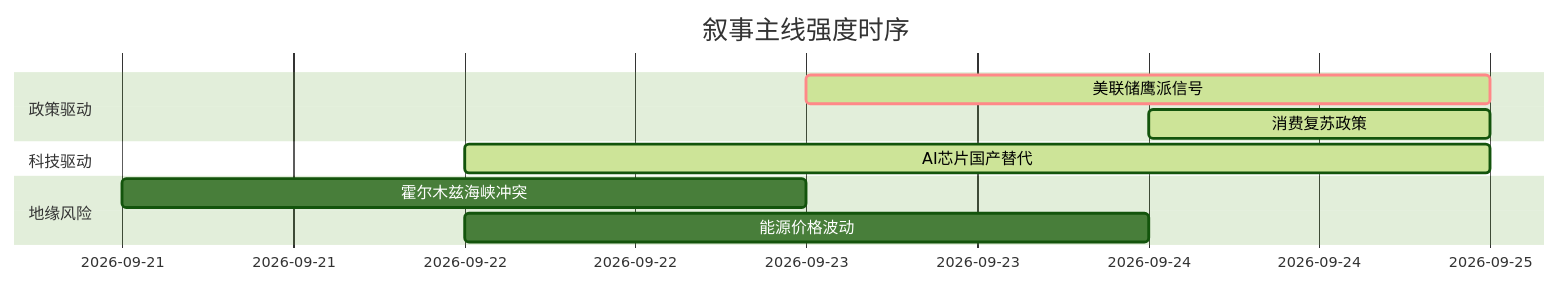
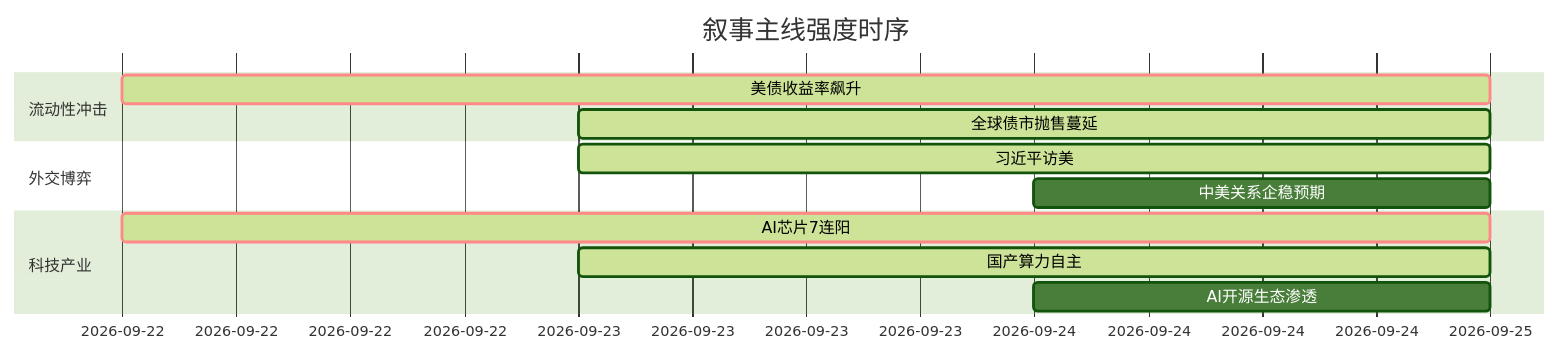
The diagram in 5day_report.md (uu5zn/uu5zn.github.io), drawn with Mermaid (forest theme) before and after one commit. The commit also changed other lines of this file and 24 other files, not shown here.

````diff
--- a/5day_report.md
+++ b/5day_report.md
@@ -54,15 +58,17 @@
 ```mermaid
 gantt
     title 叙事主线强度时序
-    dateFormat  YYYY-MM-DD
-    section 政策驱动
-    美联储鹰派信号   :crit, active, 2026-09-23, 2d
-    消费复苏政策   :active, 2026-09-24, 1d
+    dateFormat YYYY-MM-DD
+    section 流动性冲击
+    美债收益率飙升      :crit, active, 2026-09-22, 3d
+    全球债市抛售蔓延    :active, 2026-09-23, 2d
     
-    section 科技驱动
-    AI芯片国产替代   :active, 2026-09-22, 3d
+    section 外交博弈
+    习近平访美          :active, 2026-09-23, 2d
+    中美关系企稳预期    :2026-09-24, 1d
     
-    section 地缘风险
-    霍尔木兹海峡冲突   :2026-09-21, 2d
-    能源价格波动   :2026-09-22, 2d
+    section 科技产业
+    AI芯片7连阳        :crit, active, 2026-09-22, 3d
+    国产算力自主        :active, 2026-09-23, 2d
+    AI开源生态渗透      :2026-09-24, 1d
 ```
````
